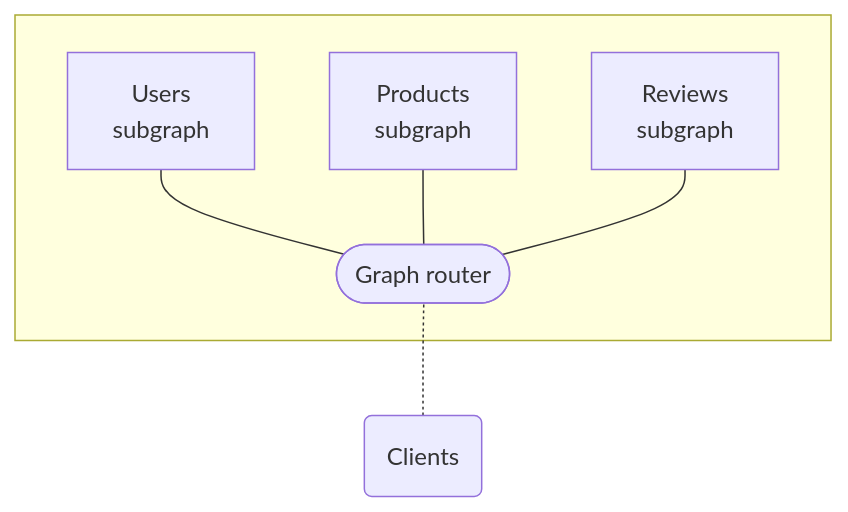
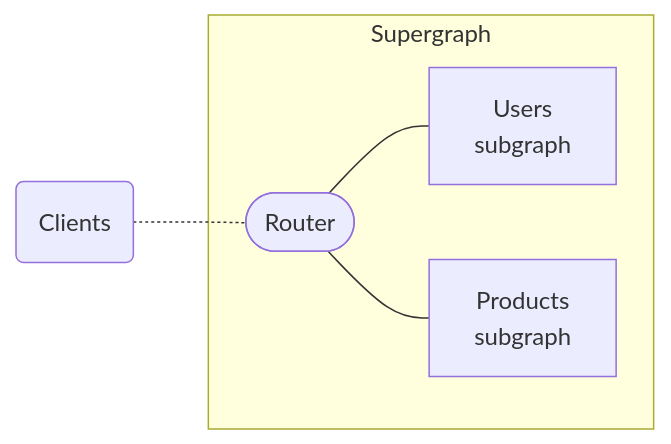
One commit to apollographql/federation changed the second of 8 diagrams in docs/source/index.mdx. Above: the diagram before and after it, drawn with Mermaid. The commit also changed other lines of this file and 6 other files, not shown here.

````diff
--- a/docs/source/index.mdx
+++ b/docs/source/index.mdx
@@ -45,13 +47,12 @@
 ```mermaid
-graph BT;
+graph LR;
   clients(Clients);
-  subgraph " ";
-  gateway([Graph router]);
+  subgraph "Supergraph";
+  gateway([Router]);
   serviceA[Users<br/>subgraph];
   serviceB[Products<br/>subgraph];
-  serviceC[Reviews<br/>subgraph];
-  gateway --- serviceA & serviceB & serviceC;
+  gateway --- serviceA & serviceB;
   end;
   clients -.- gateway;
   class clients secondary;
 ```
````
